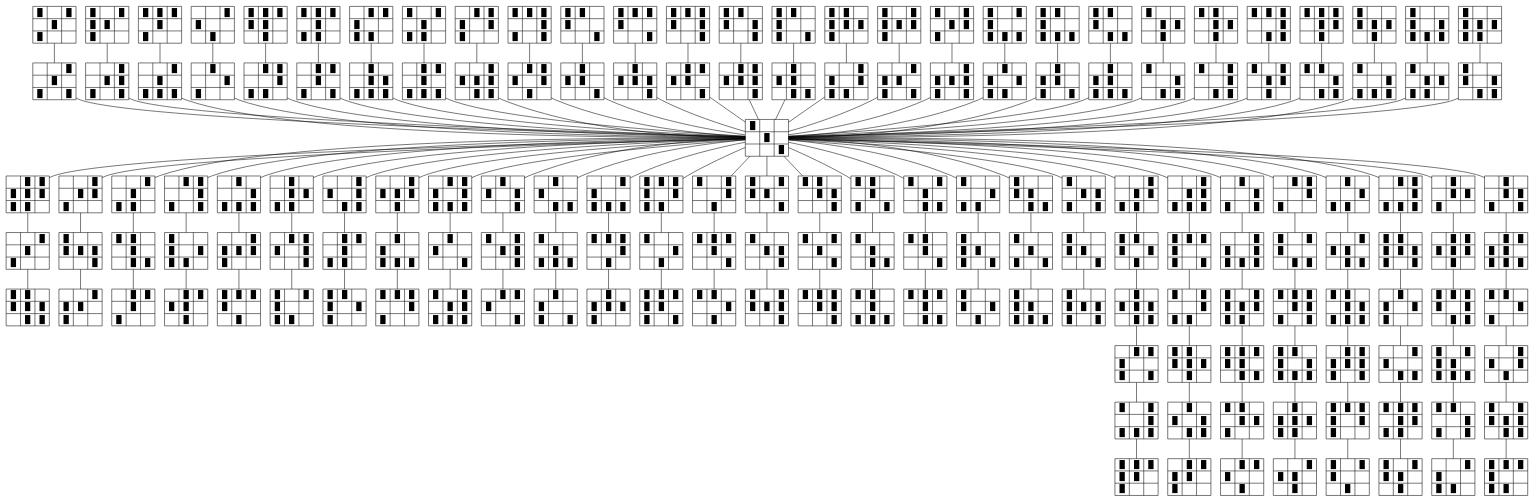
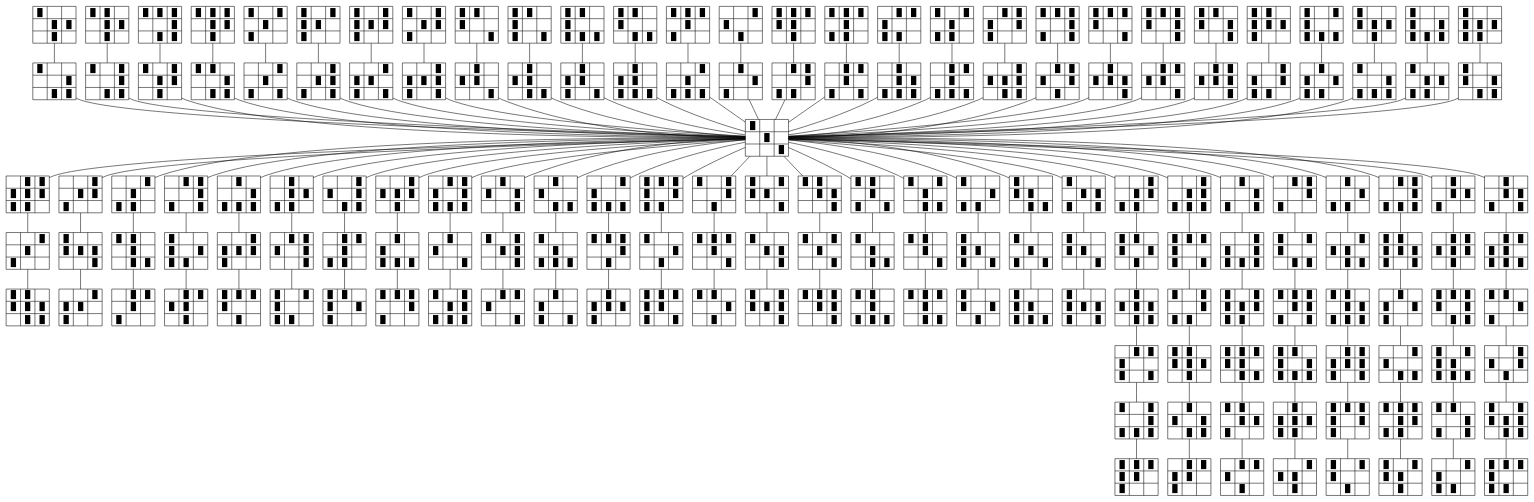
Before and after one commit to fabienhinault/gl32: the diagram in gl32.dot, drawn with Graphviz. The commit also changed 2 other files, not shown here.

```diff
--- a/gl32.dot
+++ b/gl32.dot
@@ -1,68 +1,63 @@
 
 strict graph structs {
     node [shape=record];
-
-
-340 -- 85 --I;
-468 -- 87 --I;
-372 -- 93 --I;
-140 -- 98 --I;
-444 -- 110 --I;
-380 -- 117 --I;
-236 -- 123 --I;
-348 -- 125 --I;
-230 -- 159 --I;
-359 -- 174 --I;
-417 -- 177 --I;
-421 -- 179 --I;
-423 -- 181 --I;
-419 -- 183 --I;
-481 -- 185 --I;
-498 -- 206 --I;
-470 -- 213 --I;
-342 -- 215 --I;
-461 -- 234 --I;
-489 -- 241 --I;
-425 -- 249 --I;
-282 -- 267 --I;
-314 -- 271 --I;
-303 -- 286 --I;
-318 -- 299 --I;
-410 -- 331 --I;
-459 -- 346 --I;
-474 -- 395 --I;
-I -- 254 -- 84 -- 443;
-I -- 86 -- 403 -- 212;
-I -- 92 -- 313 -- 116;
-I -- 103 -- 458 -- 188;
-I -- 107 -- 214 -- 428;
-I -- 122 -- 167 -- 460;
-I -- 143 -- 124 -- 482;
-I -- 158 -- 233 -- 358;
-I -- 239 -- 161 -- 351;
-I -- 163 -- 279 -- 165;
-I -- 169 -- 345 -- 225;
-I -- 205 -- 302 -- 242;
-I -- 494 -- 266 -- 501;
-I -- 270 -- 309 -- 298;
-I -- 405 -- 275 -- 407;
-I -- 307 -- 277 -- 311;
-I -- 369 -- 281 -- 377;
-I -- 285 -- 305 -- 317;
-I -- 330 -- 465 -- 394;
-I -- 409 -- 337 -- 473;
-I -- 339 -- 401 -- 467;
-I -- 94 -- 426 -- 187 -- 229 -- 335 -- 500;
-I -- 95 -- 485 -- 334 -- 442 -- 171 -- 244;
-I -- 99 -- 207 -- 478 -- 445 -- 370 -- 172;
-I -- 102 -- 397 -- 375 -- 491 -- 250 -- 156;
-I -- 106 -- 157 -- 379 -- 247 -- 486 -- 396;
-I -- 111 -- 499 -- 226 -- 141 -- 382 -- 412;
-I -- 114 -- 190 -- 431 -- 477 -- 355 -- 204;
-I -- 115 -- 253 -- 354 -- 142 -- 415 -- 492;
-
-I [label="{█| | }|{ |█| }|{ | |█}"];
-
+282 -- 267 -- 273;
+314 -- 271 -- 273;
+303 -- 286 -- 273;
+318 -- 299 -- 273;
+340 -- 85 -- 273;
+468 -- 87 -- 273;
+470 -- 213 -- 273;
+342 -- 215 -- 273;
+417 -- 177 -- 273;
+481 -- 185 -- 273;
+489 -- 241 -- 273;
+425 -- 249 -- 273;
+372 -- 93 -- 273;
+140 -- 98 -- 273;
+444 -- 110 -- 273;
+380 -- 117 -- 273;
+236 -- 123 -- 273;
+348 -- 125 -- 273;
+230 -- 159 -- 273;
+359 -- 174 -- 273;
+421 -- 179 -- 273;
+423 -- 181 -- 273;
+419 -- 183 -- 273;
+498 -- 206 -- 273;
+461 -- 234 -- 273;
+410 -- 331 -- 273;
+459 -- 346 -- 273;
+474 -- 395 -- 273;
+273 -- 254 -- 84 -- 443;
+273 -- 86 -- 403 -- 212;
+273 -- 92 -- 313 -- 116;
+273 -- 103 -- 458 -- 188;
+273 -- 107 -- 214 -- 428;
+273 -- 122 -- 167 -- 460;
+273 -- 143 -- 124 -- 482;
+273 -- 158 -- 233 -- 358;
+273 -- 239 -- 161 -- 351;
+273 -- 163 -- 279 -- 165;
+273 -- 169 -- 345 -- 225;
+273 -- 205 -- 302 -- 242;
+273 -- 494 -- 266 -- 501;
+273 -- 270 -- 309 -- 298;
+273 -- 405 -- 275 -- 407;
+273 -- 307 -- 277 -- 311;
+273 -- 369 -- 281 -- 377;
+273 -- 285 -- 305 -- 317;
+273 -- 330 -- 465 -- 394;
+273 -- 409 -- 337 -- 473;
+273 -- 339 -- 401 -- 467;
+273 -- 94 -- 426 -- 187 -- 229 -- 335 -- 500;
+273 -- 95 -- 485 -- 334 -- 442 -- 171 -- 244;
+273 -- 99 -- 207 -- 478 -- 445 -- 370 -- 172;
+273 -- 102 -- 397 -- 375 -- 491 -- 250 -- 156;
+273 -- 106 -- 157 -- 379 -- 247 -- 486 -- 396;
+273 -- 111 -- 499 -- 226 -- 141 -- 382 -- 412;
+273 -- 114 -- 190 -- 431 -- 477 -- 355 -- 204;
+273 -- 115 -- 253 -- 354 -- 142 -- 415 -- 492;
 84 [label="{ | |█}|{ |█| }|{█| | }"];
 85 [label="{ | |█}|{ |█| }|{█| |█}"];
 86 [label="{ | |█}|{ |█| }|{█|█| }"];
@@ -139,6 +134,7 @@
 267 [label="{█| | }|{ | |█}|{ |█|█}"];
 270 [label="{█| | }|{ | |█}|{█|█| }"];
 271 [label="{█| | }|{ | |█}|{█|█|█}"];
+273 [label="{█| | }|{ |█| }|{ | |█}"];
 275 [label="{█| | }|{ |█| }|{ |█|█}"];
 277 [label="{█| | }|{ |█| }|{█| |█}"];
 279 [label="{█| | }|{ |█| }|{█|█|█}"];
```
